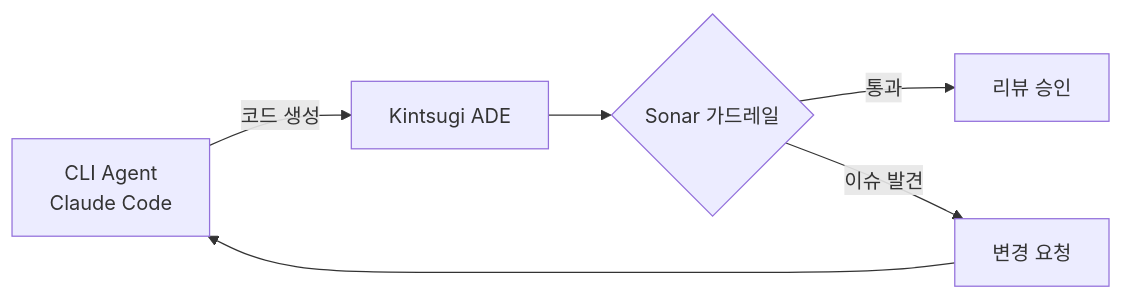
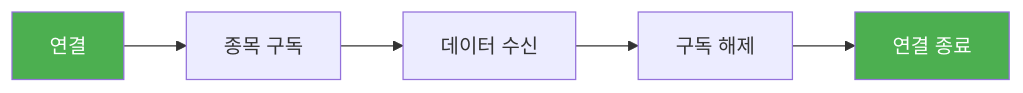
Before and after one commit to ice-ice-bear/ice-ice-bear.github.io: the second of 2 diagrams in content/posts/2026-02-27-tech-log.md, drawn with Mermaid. The commit also changed other lines of this file, not shown here.

````diff
--- a/content/posts/2026-02-27-tech-log.md
+++ b/content/posts/2026-02-27-tech-log.md
@@ -14,8 +53,9 @@
 ```mermaid
 graph LR
-    A[CLI Agent<br/>Claude Code] -->|코드 생성| B[Kintsugi ADE]
-    B --> C{Sonar 가드레일}
-    C -->|통과| D[리뷰 승인]
-    C -->|이슈 발견| E[변경 요청]
-    E --> A
+    A[연결] --> B[종목 구독]
+    B --> C[데이터 수신]
+    C --> D[구독 해제]
+    D --> E[연결 종료]
+    style A fill:#4CAF50,color:#fff
+    style E fill:#4CAF50,color:#fff
 ```
````
